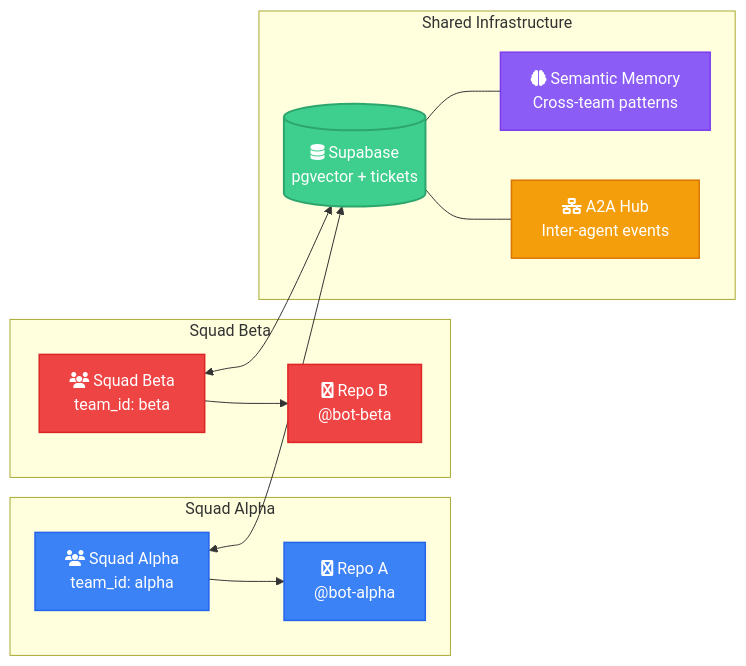
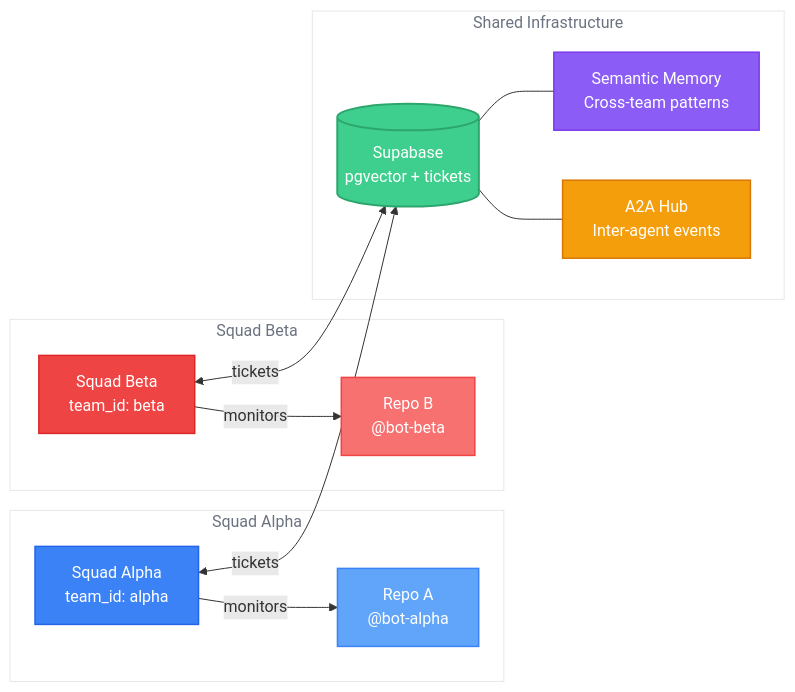
One commit to ArtemisAI/SWE-Squad changed the fifth of 5 diagrams in README.md. Above: the diagram before and after it, drawn with Mermaid. The commit also changed other lines of this file and 3 other files, not shown here.

````diff
--- a/README.md
+++ b/README.md
@@ -393,31 +403,36 @@
 ```mermaid
 flowchart LR
-    subgraph alpha ["Squad Alpha"]
-        AlphaSquad["fa:fa-users Squad Alpha\nteam_id: alpha"]:::alphaNode
-        RepoA["fa:fa-github Repo A\n@bot-alpha"]:::alphaNode
-        AlphaSquad --> RepoA
+    subgraph alpha [" Squad Alpha "]
+        AlphaSquad["Squad Alpha\nteam_id: alpha"]:::alphaNode
+        RepoA["Repo A\n@bot-alpha"]:::alphaRepoNode
+        AlphaSquad -->|"monitors"| RepoA
     end
 
-    subgraph beta ["Squad Beta"]
-        BetaSquad["fa:fa-users Squad Beta\nteam_id: beta"]:::betaNode
-        RepoB["fa:fa-github Repo B\n@bot-beta"]:::betaNode
-        BetaSquad --> RepoB
+    subgraph beta [" Squad Beta "]
+        BetaSquad["Squad Beta\nteam_id: beta"]:::betaNode
+        RepoB["Repo B\n@bot-beta"]:::betaRepoNode
+        BetaSquad -->|"monitors"| RepoB
     end
 
-    subgraph shared ["Shared Infrastructure"]
-        Supabase[("fa:fa-database Supabase\npgvector + tickets")]:::dbNode
-        Memory["fa:fa-brain Semantic Memory\nCross-team patterns"]:::memoryNode
-        Hub["fa:fa-network-wired A2A Hub\nInter-agent events"]:::hubNode
+    subgraph shared [" Shared Infrastructure "]
+        Supabase[("Supabase\npgvector + tickets")]:::dbNode
+        Memory["Semantic Memory\nCross-team patterns"]:::memoryNode
+        Hub["A2A Hub\nInter-agent events"]:::hubNode
         Supabase --- Memory
         Supabase --- Hub
     end
 
-    AlphaSquad <--> Supabase
-    BetaSquad <--> Supabase
+    AlphaSquad <-->|"tickets"| Supabase
+    BetaSquad <-->|"tickets"| Supabase
 
     classDef alphaNode fill:#3b82f6,stroke:#2563eb,color:#fff,stroke-width:1.5px
+    classDef alphaRepoNode fill:#60a5fa,stroke:#3b82f6,color:#fff,stroke-width:1.5px
     classDef betaNode fill:#ef4444,stroke:#dc2626,color:#fff,stroke-width:1.5px
+    classDef betaRepoNode fill:#f87171,stroke:#ef4444,color:#fff,stroke-width:1.5px
     classDef dbNode fill:#3ecf8e,stroke:#2da66e,color:#fff,stroke-width:2px
     classDef memoryNode fill:#8b5cf6,stroke:#7c3aed,color:#fff,stroke-width:1.5px
     classDef hubNode fill:#f59e0b,stroke:#d97706,color:#fff,stroke-width:1.5px
+    classDef subgraphBox fill:transparent,stroke:#e5e7eb,stroke-width:1px,color:#6b7280
+
+    class alpha,beta,shared subgraphBox
 ```
````
